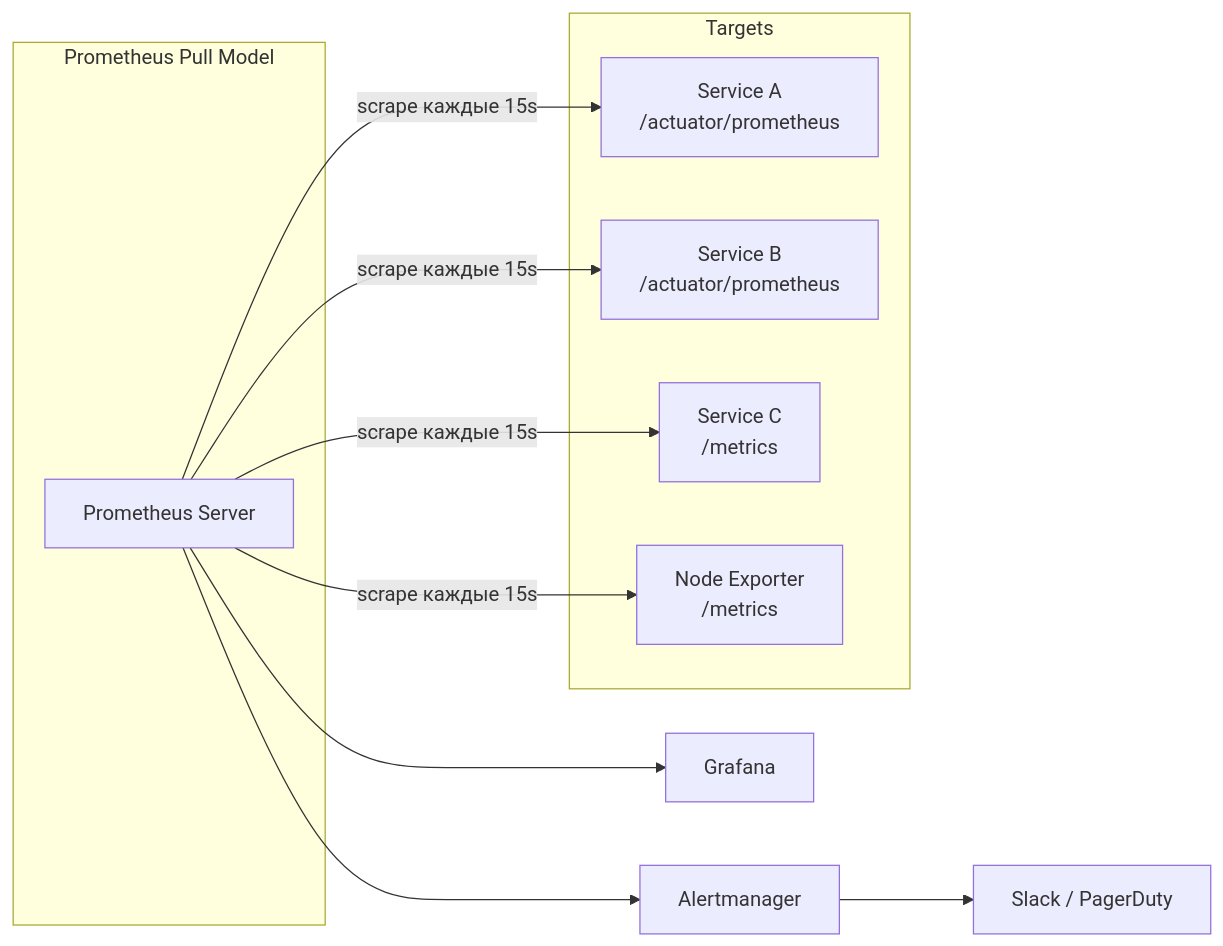
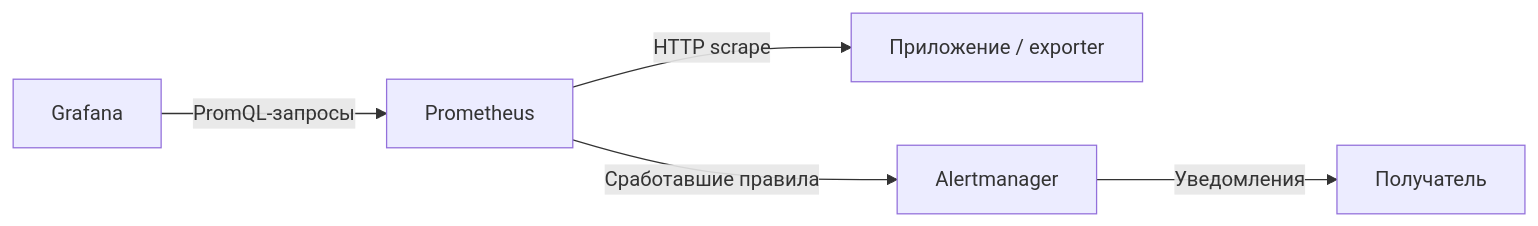
Before and after one commit to akeverus/cheat-sheet: the second of 12 diagrams in cheatsheets/interview/monitoring/metrics-tracing-interview.md, drawn with Mermaid. The commit also changed other lines of this file and 1 other file, not shown here.

Commit message:
Clarify Prometheus Micrometer metric types and trace coverage theory

````diff
--- a/cheatsheets/interview/monitoring/metrics-tracing-interview.md
+++ b/cheatsheets/interview/monitoring/metrics-tracing-interview.md
@@ -140,22 +137,7 @@
 ```mermaid
 graph LR
-    subgraph "Prometheus Pull Model"
-        P["Prometheus Server"]
-    end
-
-    subgraph "Targets"
-        A1["Service A<br/>/actuator/prometheus"]
-        A2["Service B<br/>/actuator/prometheus"]
-        A3["Service C<br/>/metrics"]
-        NE["Node Exporter<br/>/metrics"]
-    end
-
-    P -- "scrape каждые 15s" --> A1
-    P -- "scrape каждые 15s" --> A2
-    P -- "scrape каждые 15s" --> A3
-    P -- "scrape каждые 15s" --> NE
-
-    P --> AM["Alertmanager"]
-    P --> G["Grafana"]
-    AM --> S["Slack / PagerDuty"]
+    P["Prometheus"] -- "HTTP scrape" --> A["Приложение / exporter"]
+    G["Grafana"] -- "PromQL-запросы" --> P
+    P -- "Сработавшие правила" --> AM["Alertmanager"]
+    AM -- "Уведомления" --> N["Получатель"]
 ```
````
